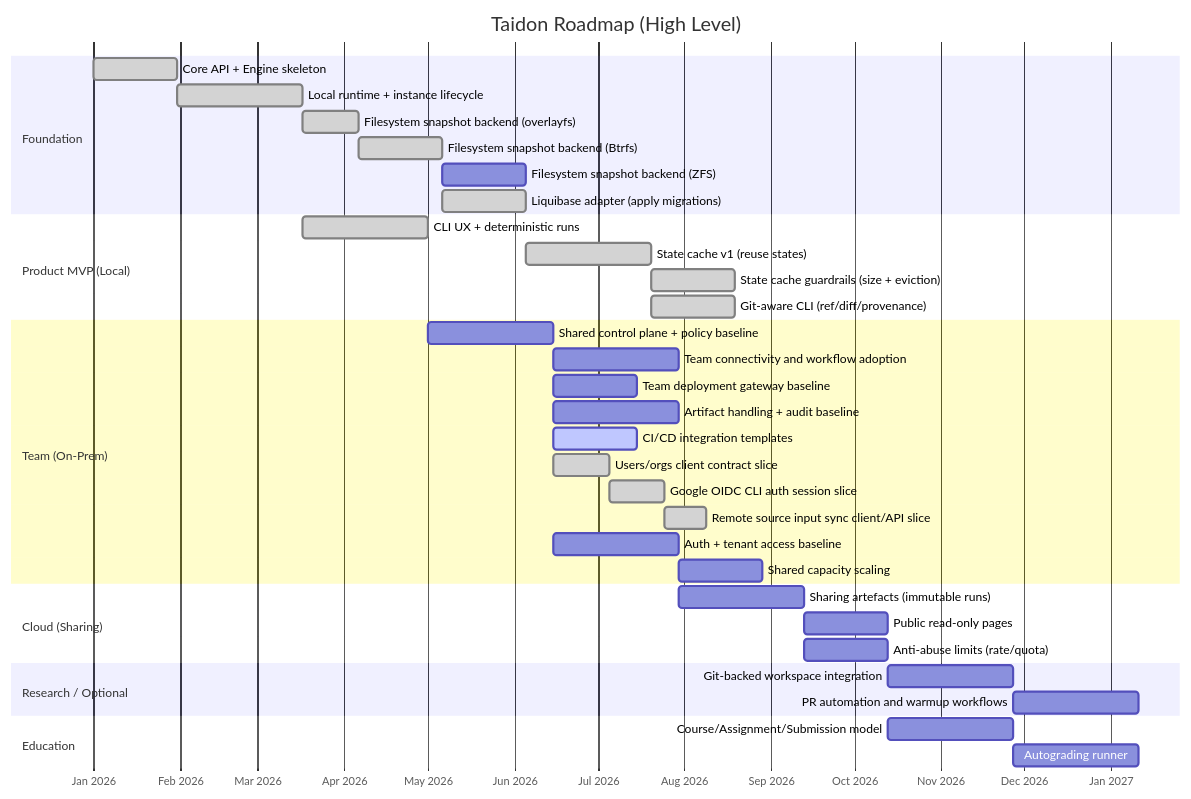
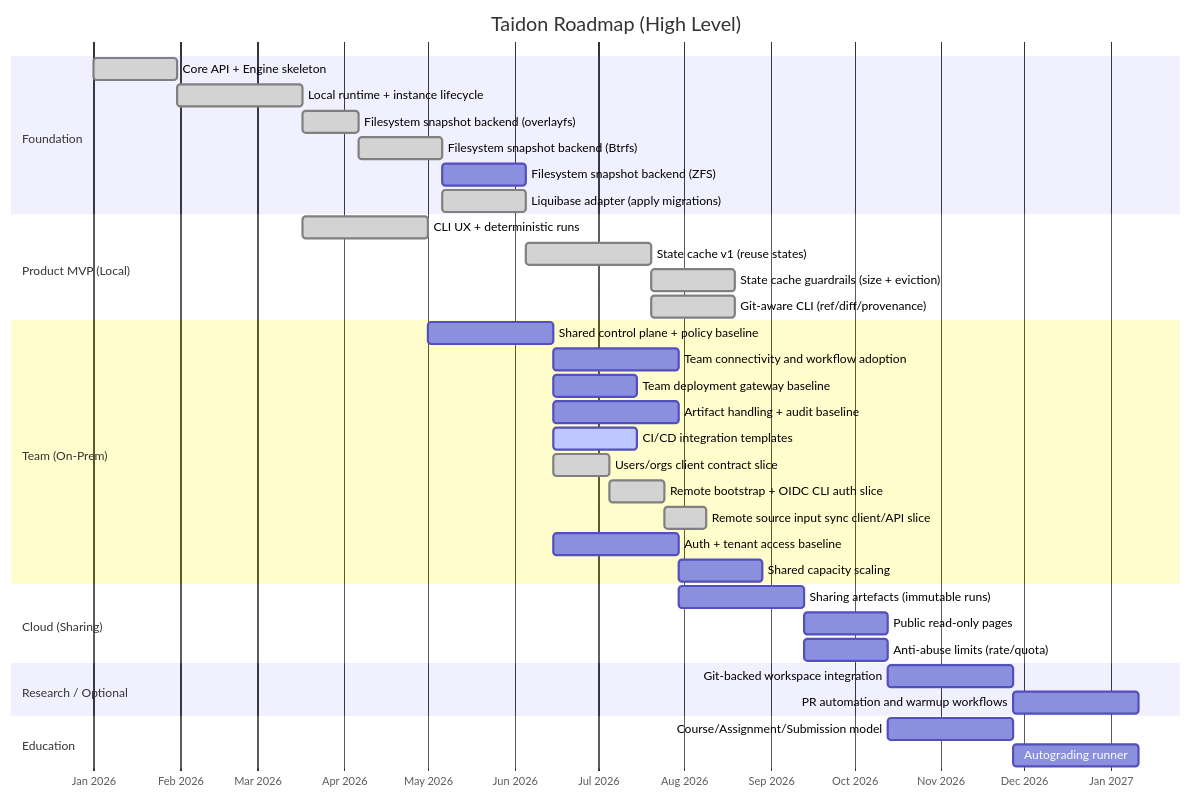
The diagram in docs/roadmap.md (kimak-irmagi/sqlrs), drawn with Mermaid before and after one commit. The commit also changed other lines of this file and 44 other files, not shown here.

Commit message:
fix: discover remote auth configuration during init

````diff
--- a/docs/roadmap.md
+++ b/docs/roadmap.md
@@ -27,45 +27,45 @@
 ```mermaid
 gantt
     title Taidon Roadmap (High Level)
     dateFormat  YYYY-MM-DD
     axisFormat  %b %Y
 
     section Foundation
     Core API + Engine skeleton                 :done, a1, 2026-01-01, 30d
     Local runtime + instance lifecycle         :done, a2, after a1, 45d
     Filesystem snapshot backend (overlayfs)    :done, a2fs, after a2, 20d
     Filesystem snapshot backend (Btrfs)        :done, a2b, after a2fs, 30d
     Filesystem snapshot backend (ZFS)          :a2z, after a2b, 30d
     Liquibase adapter (apply migrations)       :done, a3, after a2b, 30d
 
     section Product MVP (Local)
     CLI UX + deterministic runs                :done, b2, after a2, 45d
     State cache v1 (reuse states)              :done, b3, after a3, 45d
     State cache guardrails (size + eviction)   :done, b3g, after b3, 30d
     Git-aware CLI (ref/diff/provenance)        :done, b4, after b3, 30d
 
     section Team (On-Prem)
     Shared control plane + policy baseline     :c1, after b2, 45d
     Team connectivity and workflow adoption    :c0, after c1, 45d
     Team deployment gateway baseline           :c6, after c1, 30d
     Artifact handling + audit baseline         :c2, after c1, 45d
     CI/CD integration templates                :active, c3, after c1, 30d
     Users/orgs client contract slice           :done, c4a, after c1, 20d
-    Google OIDC CLI auth session slice         :done, c4b, after c4a, 20d
+    Remote bootstrap + OIDC CLI auth slice     :done, c4b, after c4a, 20d
     Remote source input sync client/API slice  :done, c4c, after c4b, 15d
     Auth + tenant access baseline              :c4, after c1, 45d
     Shared capacity scaling                    :c5, after c2, 30d
 
     section Cloud (Sharing)
     Sharing artefacts (immutable runs)         :d1, after c2, 45d
     Public read-only pages                     :d2, after d1, 30d
     Anti-abuse limits (rate/quota)             :d3, after d1, 30d
 
     section Research / Optional
     Git-backed workspace integration           :o1, after d2, 45d
     PR automation and warmup workflows         :o2, after o1, 45d
 
     section Education
     Course/Assignment/Submission model         :e1, after d2, 45d
     Autograding runner                         :e2, after e1, 45d
 ```
````
